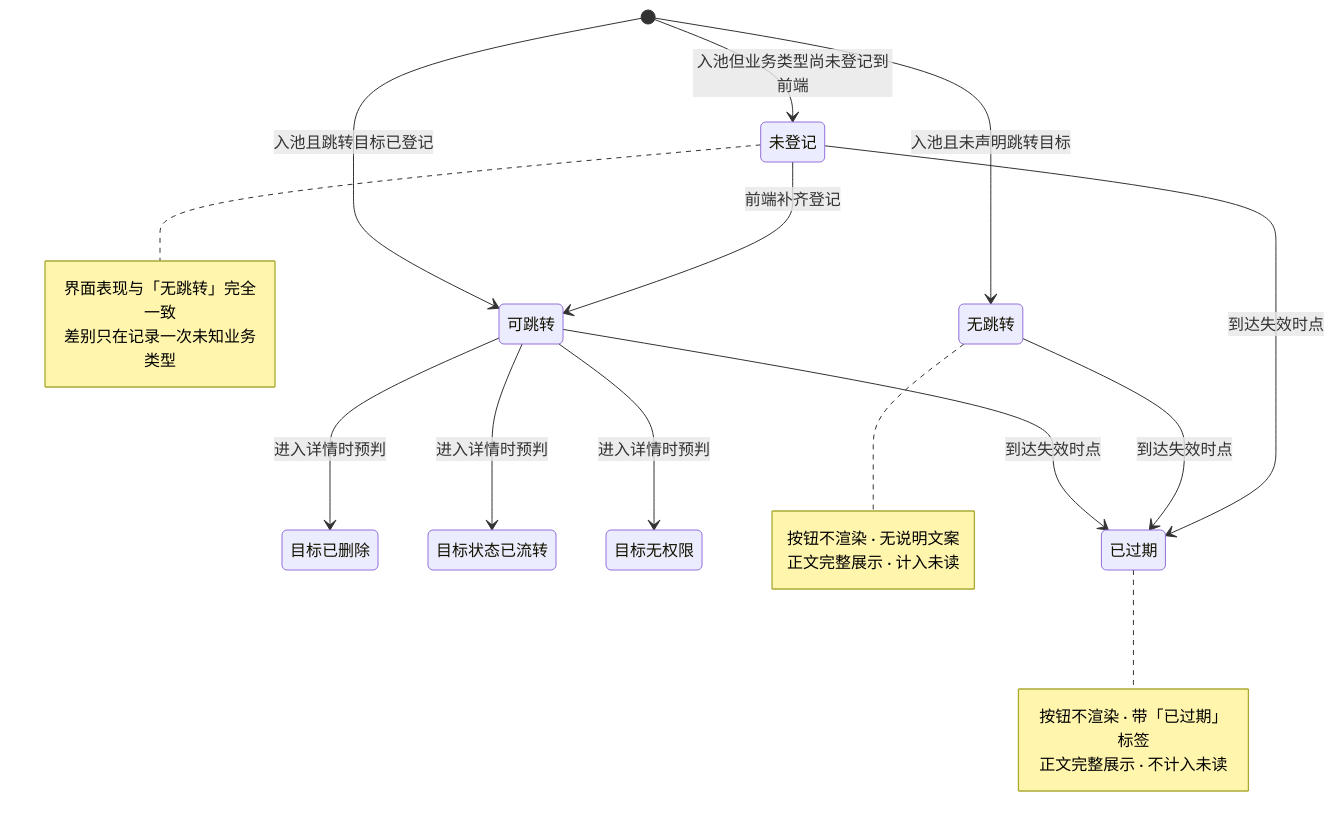
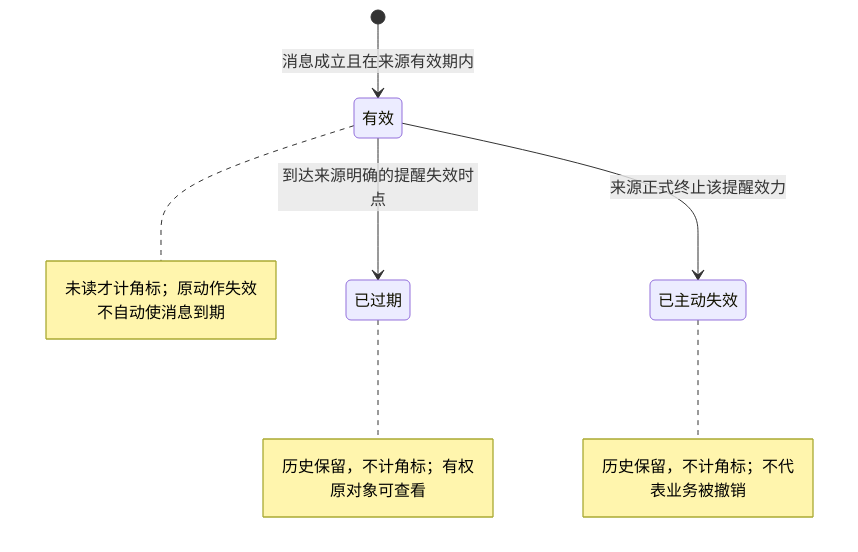
The seventh of 9 diagrams in lending-platform/PRD/v1.0-面客消息中心/v1.0-面客消息中心-流程图与状态机.md (wxblockchain/Chain-Financing), drawn with Mermaid before and after one commit. The commit also changed other lines of this file and 4 other files, not shown here.

````diff
--- a/lending-platform/PRD/v1.0-面客消息中心/v1.0-面客消息中心-流程图与状态机.md
+++ b/lending-platform/PRD/v1.0-面客消息中心/v1.0-面客消息中心-流程图与状态机.md
@@ -247,27 +164,15 @@
 ```mermaid
 stateDiagram-v2
-    [*] --> 可跳转: 入池且跳转目标已登记
-    [*] --> 无跳转: 入池且未声明跳转目标
-    [*] --> 未登记: 入池但业务类型尚未登记到前端
-
-    可跳转 --> 目标已删除: 进入详情时预判
-    可跳转 --> 目标状态已流转: 进入详情时预判
-    可跳转 --> 目标无权限: 进入详情时预判
-    可跳转 --> 已过期: 到达失效时点
-    无跳转 --> 已过期: 到达失效时点
-    未登记 --> 可跳转: 前端补齐登记
-    未登记 --> 已过期: 到达失效时点
-
-    note right of 无跳转
-        按钮不渲染 · 无说明文案
-        正文完整展示 · 计入未读
-    end note
-    note right of 未登记
-        界面表现与「无跳转」完全一致
-        差别只在记录一次未知业务类型
+    [*] --> 有效: 消息成立且在来源有效期内
+    有效 --> 已过期: 到达来源明确的提醒失效时点
+    有效 --> 已主动失效: 来源正式终止该提醒效力
+    note right of 有效
+        未读才计角标；原动作失效不自动使消息到期
     end note
     note right of 已过期
-        按钮不渲染 · 带「已过期」标签
-        正文完整展示 · 不计入未读
+        历史保留，不计角标；有权原对象可查看
+    end note
+    note right of 已主动失效
+        历史保留，不计角标；不代表业务被撤销
     end note
 ```
````
